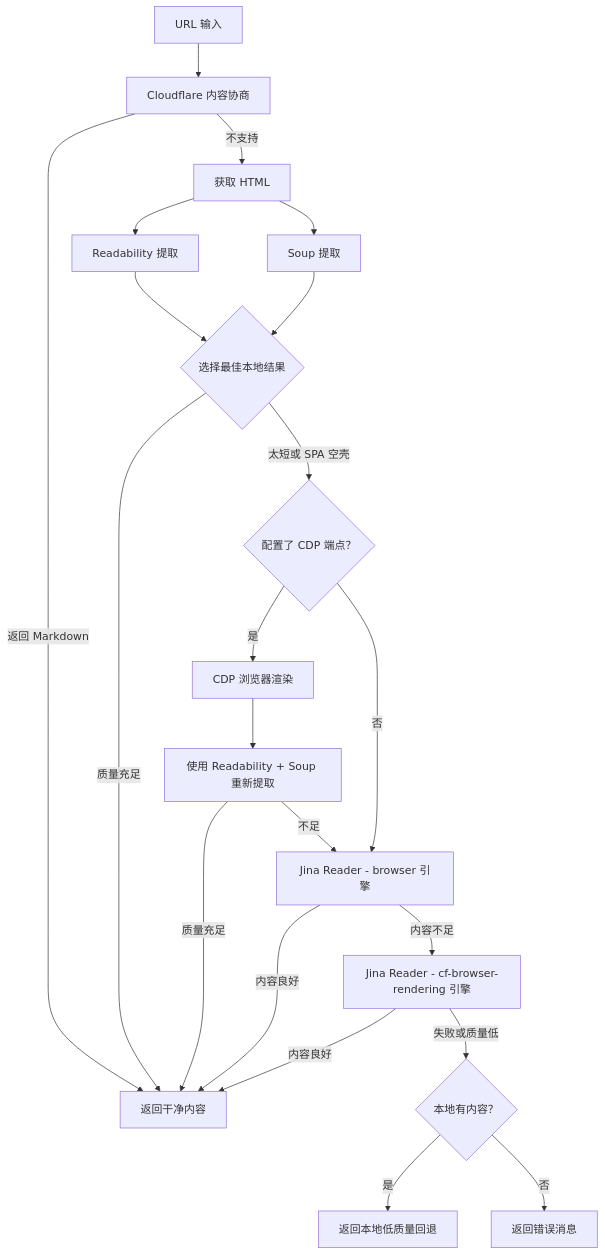
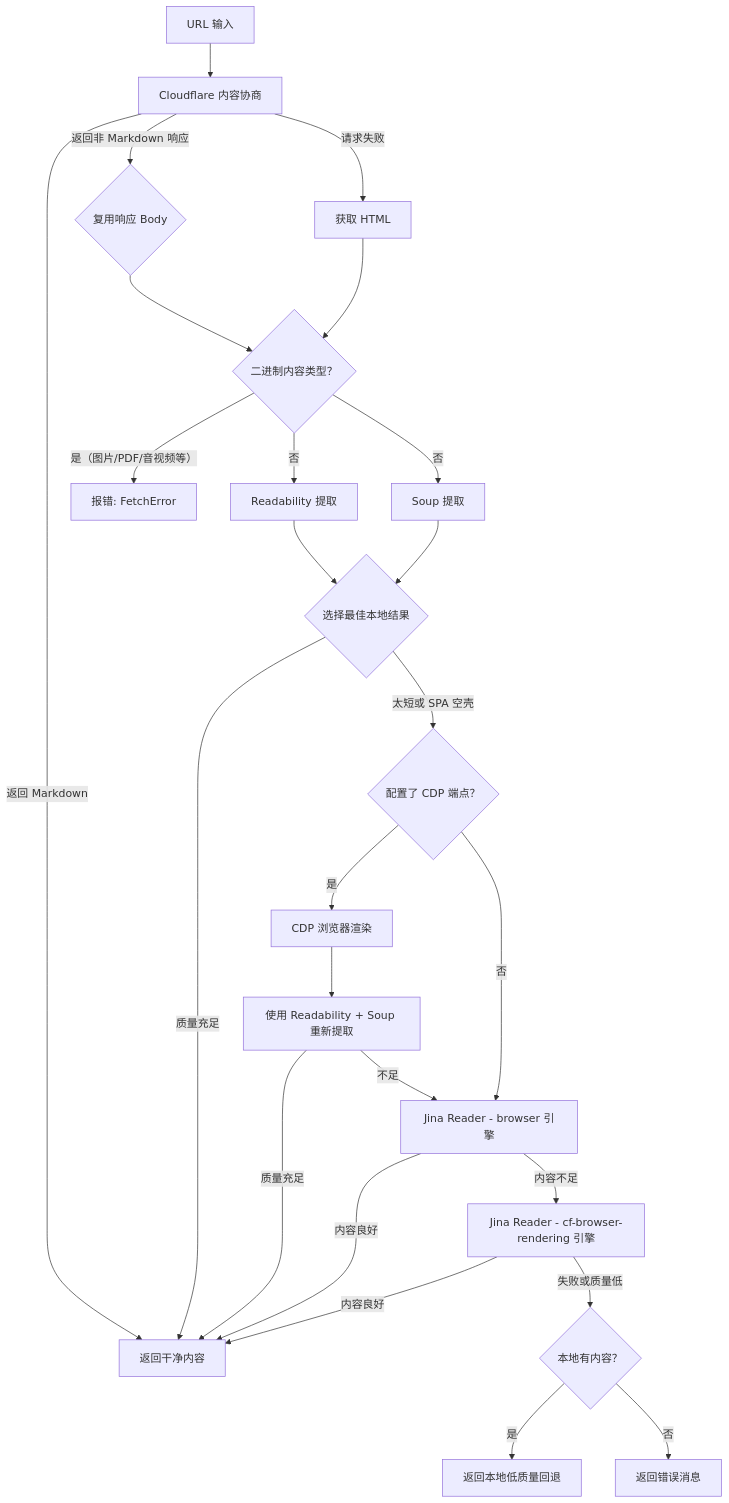
The diagram in docs/tools/websearch/web_fetch_tool.md (Oaklight/toolregistry-hub), drawn with Mermaid before and after one commit. The commit also changed other lines of this file, not shown here.

First line of the commit message:
docs(zh): update web_fetch_tool for response reuse and binary interception

````diff
--- a/docs/tools/websearch/web_fetch_tool.md
+++ b/docs/tools/websearch/web_fetch_tool.md
@@ -93,22 +95,26 @@
 ```mermaid
 flowchart TD
     A[URL 输入] --> B[Cloudflare 内容协商]
     B -->|返回 Markdown| Z[返回干净内容]
-    B -->|不支持| C[获取 HTML]
-    C --> D[Readability 提取]
-    C --> E[Soup 提取]
+    B -->|返回非 Markdown 响应| C{复用响应 Body}
+    B -->|请求失败| C2[获取 HTML]
+    C --> BIN{二进制内容类型？}
+    C2 --> BIN
+    BIN -->|是（图片/PDF/音视频等）| ERR[报错: FetchError]
+    BIN -->|否| D[Readability 提取]
+    BIN -->|否| E[Soup 提取]
     D & E --> F{选择最佳本地结果}
     F -->|质量充足| Z
     F -->|太短或 SPA 空壳| CDP{配置了 CDP 端点？}
     CDP -->|是| CDP1[CDP 浏览器渲染]
     CDP1 --> CDP2[使用 Readability + Soup 重新提取]
     CDP2 -->|质量充足| Z
     CDP2 -->|不足| G[Jina Reader - browser 引擎]
     CDP -->|否| G
     G -->|内容良好| Z
     G -->|内容不足| G2[Jina Reader - cf-browser-rendering 引擎]
     G2 -->|内容良好| Z
     G2 -->|失败或质量低| H{本地有内容？}
     H -->|是| I[返回本地低质量回退]
     H -->|否| J[返回错误消息]
 ```
````
